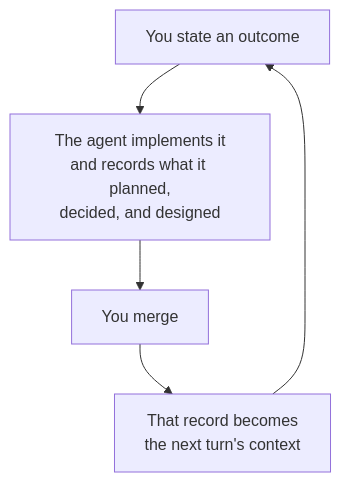
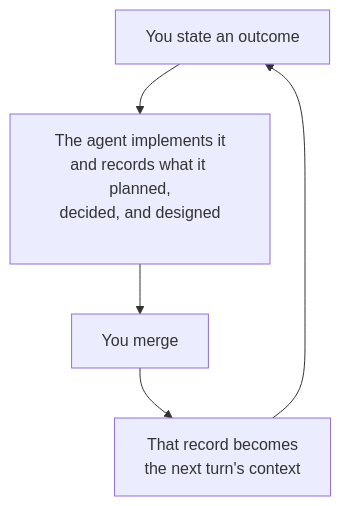
The diagram in guide/what-you-can-do.md (cliewen/cliewen), drawn with Mermaid before and after one commit.

Commit message:
Align guide diagram rendering

````diff
--- a/guide/what-you-can-do.md
+++ b/guide/what-you-can-do.md
@@ -25,7 +25,7 @@
 ```mermaid
 graph TD
-  Y["You state an outcome"] --> A["The agent implements it<br/>and records what it planned,<br/>decided, and designed"]
+  Y["You state an outcome"] --> A["The agent implements it<br/>and records what it planned,<br/>decided, and designed<br/>&nbsp;"]
   A --> M["You merge"]
   M --> R["That record becomes<br/>the next turn's context"]
   R --> Y
 ```
````
